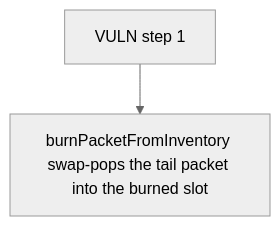
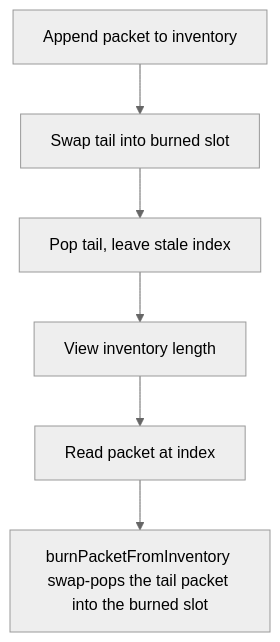
The diagram in 62594-h-01-missing-index-updates-in-burnpacketfrominventory-cause_exp/62594-h-01-missing-index-updates-in-burnpacketfrominventory-cause_exp.md (sanbir/evm-hack-registry), drawn with Mermaid (neutral theme) before and after one commit. The commit also changed other lines of this file and 79 other files, not shown here.

````diff
--- a/62594-h-01-missing-index-updates-in-burnpacketfrominventory-cause_exp/62594-h-01-missing-index-updates-in-burnpacketfrominventory-cause_exp.md
+++ b/62594-h-01-missing-index-updates-in-burnpacketfrominventory-cause_exp/62594-h-01-missing-index-updates-in-burnpacketfrominventory-cause_exp.md
@@ -28,6 +28,14 @@
 ```mermaid
 flowchart TD
-  S0["VULN step 1"]
+  S0["Append packet to inventory"]
+  S1["Swap tail into burned slot"]
+  S2["Pop tail, leave stale index"]
+  S3["View inventory length"]
+  S4["Read packet at index"]
   H["burnPacketFromInventory swap-pops the tail packet into the burned slot"]
-  S0 --> H
+  S0 --> S1
+  S1 --> S2
+  S2 --> S3
+  S3 --> S4
+  S4 --> H
 ```
````
